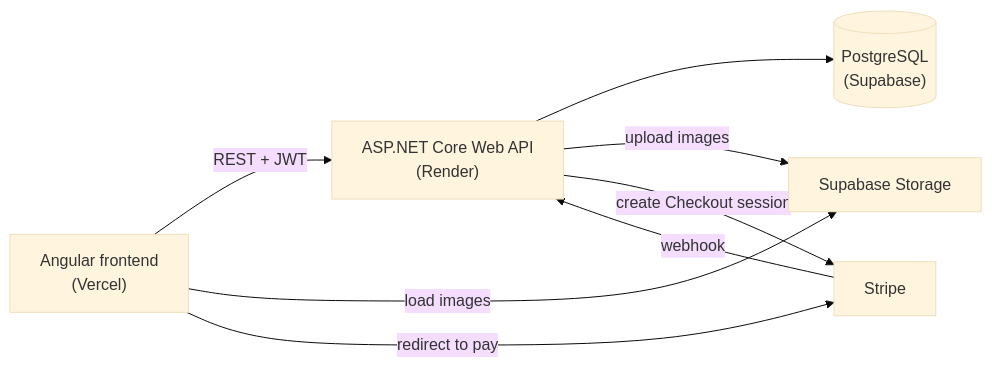
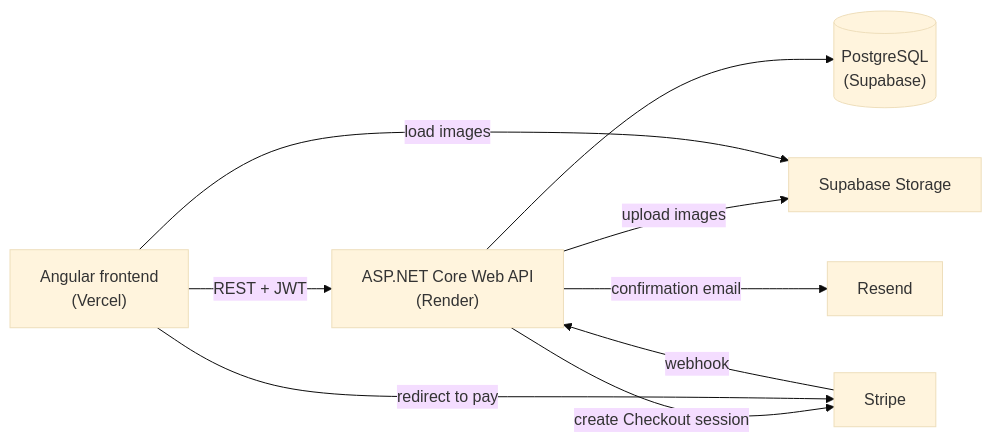
The first of 3 diagrams in docs/architecture.md (HannaJ95/grej), drawn with Mermaid (base theme) before and after one commit. The commit also changed other lines of this file and 7 other files, not shown here.

````diff
--- a/docs/architecture.md
+++ b/docs/architecture.md
@@ -7,10 +7,11 @@
 ```mermaid
 flowchart LR
     Browser["Angular frontend<br/>(Vercel)"] -->|REST + JWT| API["ASP.NET Core Web API<br/>(Render)"]
     API --> DB[("PostgreSQL<br/>(Supabase)")]
     API -->|upload images| Storage["Supabase Storage"]
     Browser -->|load images| Storage
     API -->|create Checkout session| Stripe["Stripe"]
     Browser -->|redirect to pay| Stripe
     Stripe -->|webhook| API
+    API -->|confirmation email| Resend["Resend"]
 ```
````
